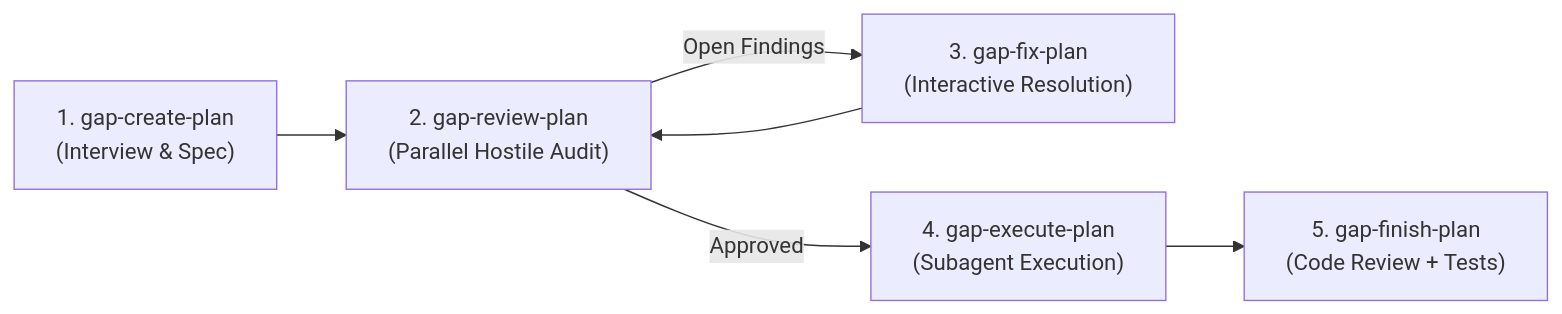
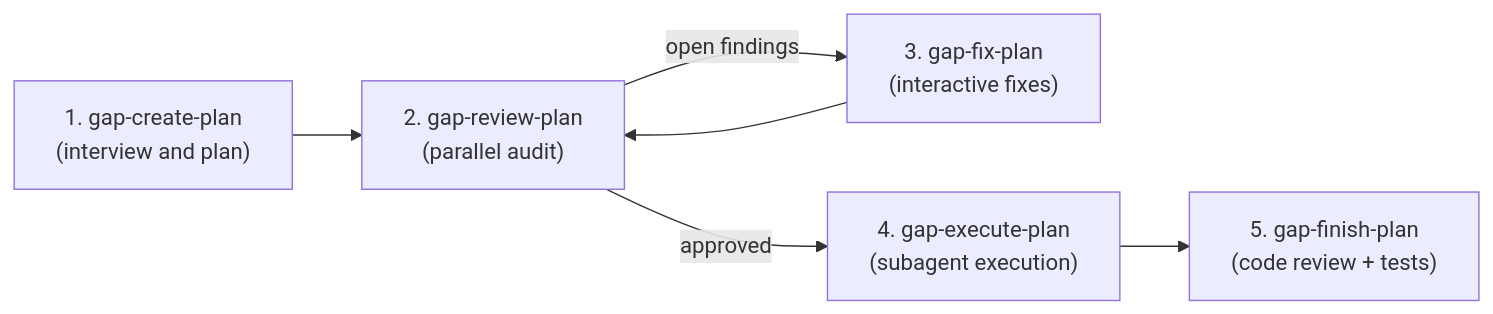
One commit to Gustavo-Piccoli/Gap.AI-Toolkit changed the diagram in README.en.md. Above: the diagram before and after it, drawn with Mermaid. The commit also changed other lines of this file and 1 other file, not shown here.

````diff
--- a/README.en.md
+++ b/README.en.md
@@ -76,8 +47,8 @@
 ```mermaid
 flowchart LR
-    Create["1. gap-create-plan<br/>(Interview & Spec)"] --> Review["2. gap-review-plan<br/>(Parallel Hostile Audit)"]
-    Review -->|"Open Findings"| Fix["3. gap-fix-plan<br/>(Interactive Resolution)"]
+    Create["1. gap-create-plan<br/>(interview and plan)"] --> Review["2. gap-review-plan<br/>(parallel audit)"]
+    Review -->|"open findings"| Fix["3. gap-fix-plan<br/>(interactive fixes)"]
     Fix --> Review
-    Review -->|"Approved"| Execute["4. gap-execute-plan<br/>(Subagent Execution)"]
-    Execute --> Finish["5. gap-finish-plan<br/>(Code Review + Tests)"]
+    Review -->|"approved"| Execute["4. gap-execute-plan<br/>(subagent execution)"]
+    Execute --> Finish["5. gap-finish-plan<br/>(code review + tests)"]
 ```
````
